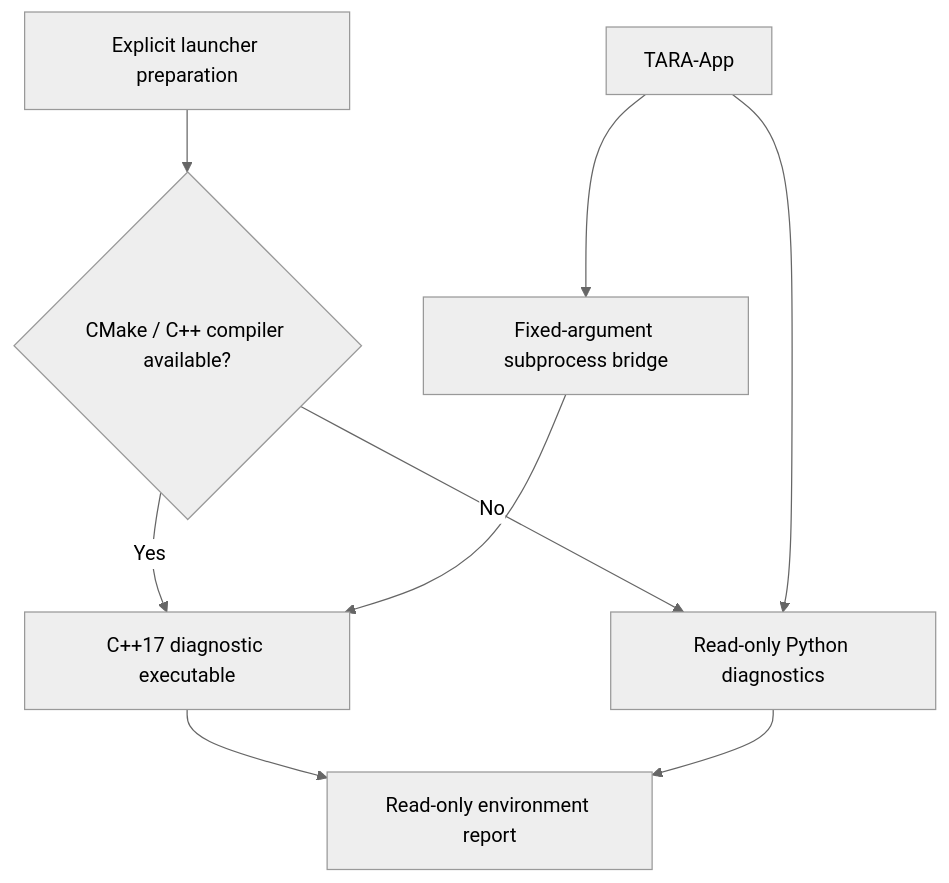
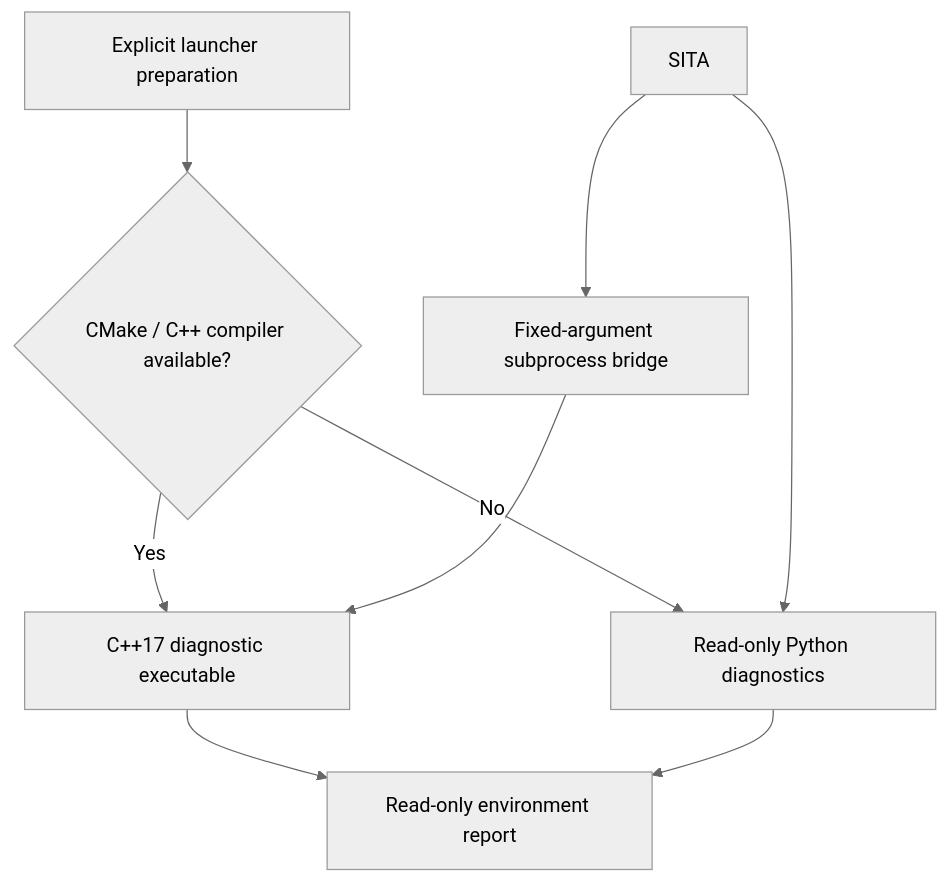
Before and after one commit to deathkernel/SITA: the eighth of 12 diagrams in README.md, drawn with Mermaid (neutral theme). The commit also changed other lines of this file and 34 other files, not shown here.

Commit message:
feat: rebrand TARA as SITA with compatibility aliases

````diff
--- a/README.md
+++ b/README.md
@@ -445,11 +445,11 @@
 ```mermaid
 flowchart TD
   Launcher[Explicit launcher preparation] --> Toolchain{CMake / C++ compiler available?}
   Toolchain -- Yes --> Native[C++17 diagnostic executable]
   Toolchain -- No --> Fallback[Read-only Python diagnostics]
-  App[TARA-App] --> Bridge[Fixed-argument subprocess bridge]
+  App[SITA] --> Bridge[Fixed-argument subprocess bridge]
   Bridge --> Native
   App --> Fallback
   Native --> Report[Read-only environment report]
   Fallback --> Report
 ```
````
